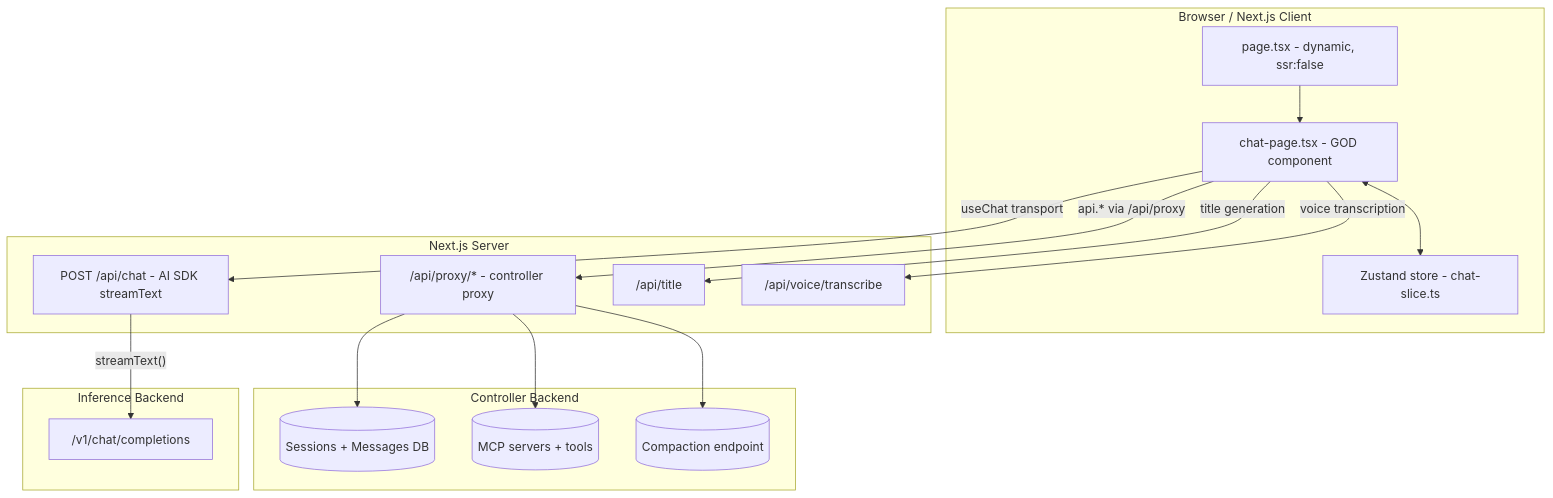
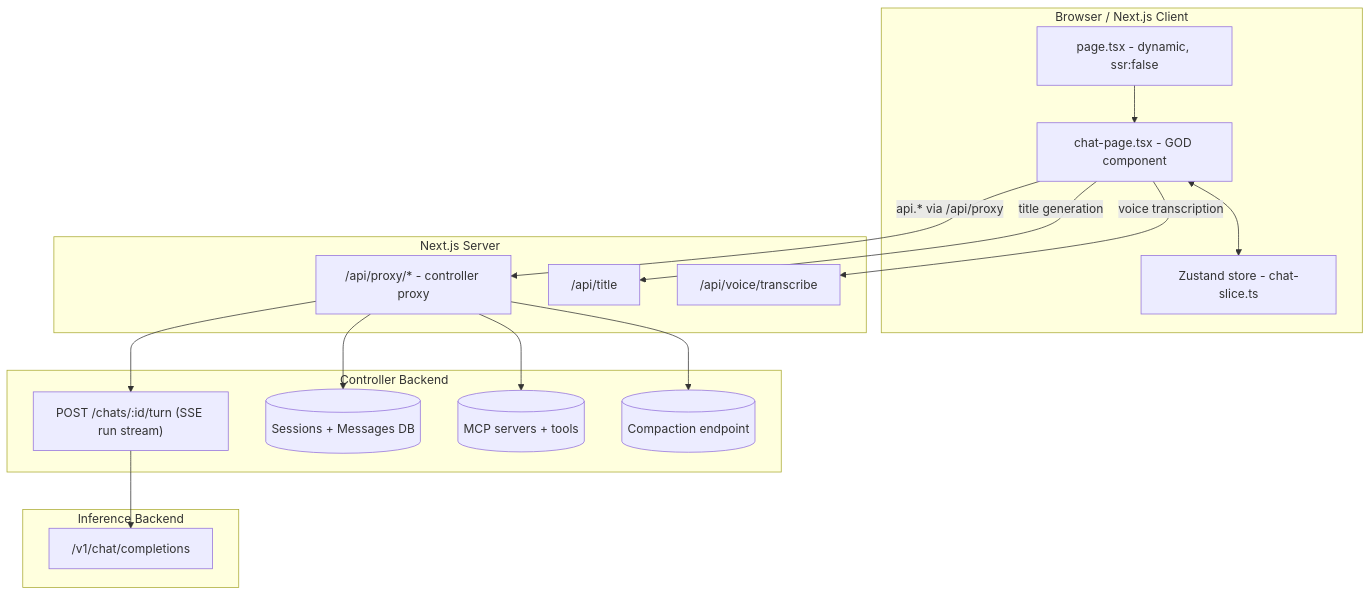
Before and after one commit to kustomzone/vllm-studio: the first of 10 diagrams in frontend/src/app/chat/AGENTS.md, drawn with Mermaid. The commit also changed other lines of this file and 31 other files, not shown here.

Commit message:
feat: move chat runs to controller

````diff
--- a/frontend/src/app/chat/AGENTS.md
+++ b/frontend/src/app/chat/AGENTS.md
@@ -36,38 +35,38 @@
 ```mermaid
 graph TD
   subgraph Browser["Browser / Next.js Client"]
     ChatRoutePage["page.tsx - dynamic, ssr:false"]
     ChatPage["chat-page.tsx - GOD component"]
     Zustand["Zustand store - chat-slice.ts"]
   end
 
   subgraph NextServer["Next.js Server"]
-    ApiChat["POST /api/chat - AI SDK streamText"]
     ApiProxy["/api/proxy/* - controller proxy"]
     ApiTitle["/api/title"]
     ApiTranscribe["/api/voice/transcribe"]
   end
 
   subgraph Controller["Controller Backend"]
+    Runs["POST /chats/:id/turn (SSE run stream)"]
     Sessions[("Sessions + Messages DB")]
     MCP[("MCP servers + tools")]
     Compaction[("Compaction endpoint")]
   end
 
   subgraph Inference["Inference Backend"]
     OpenAICompat["/v1/chat/completions"]
   end
 
   ChatRoutePage --> ChatPage
-  ChatPage -->|"useChat transport"| ApiChat
-  ApiChat -->|"streamText()"| OpenAICompat
 
   ChatPage -->|"api.* via /api/proxy"| ApiProxy
+  ApiProxy --> Runs
   ApiProxy --> Sessions
   ApiProxy --> MCP
   ApiProxy --> Compaction
+  Runs --> OpenAICompat
 
   ChatPage -->|"title generation"| ApiTitle
   ChatPage -->|"voice transcription"| ApiTranscribe
   ChatPage <--> Zustand
 ```
````
